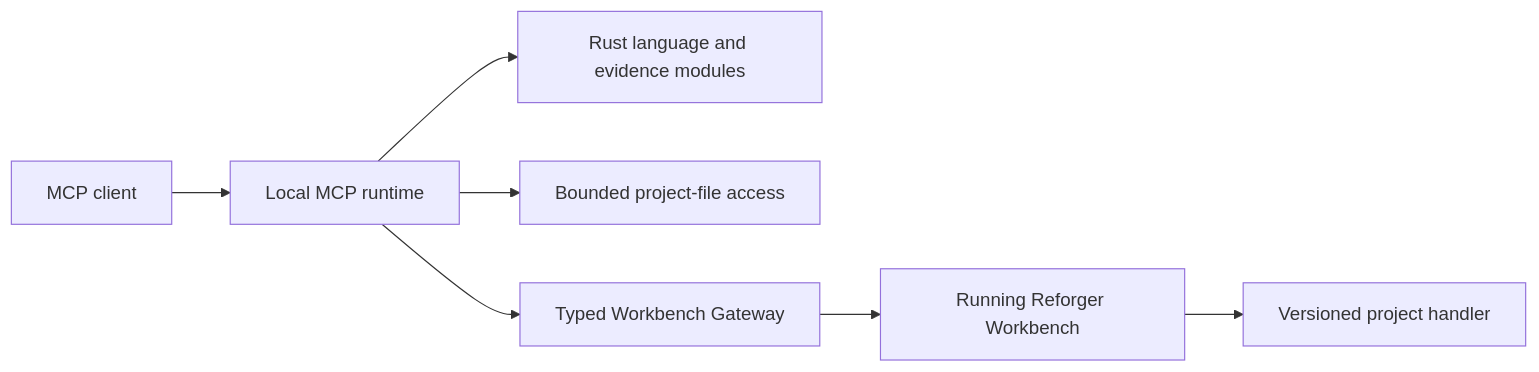
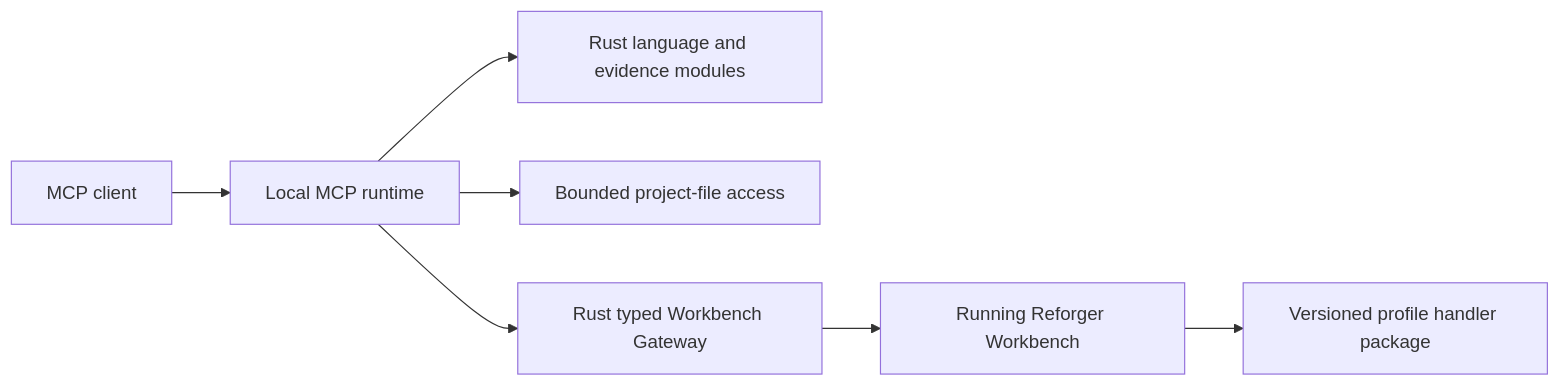
One commit to MiniHood/reforger-script-tools changed the diagram in docs/architecture.md. Above: the diagram before and after it, drawn with Mermaid. The commit also changed other lines of this file and 17 other files, not shown here.

````diff
--- a/docs/architecture.md
+++ b/docs/architecture.md
@@ -44,9 +44,9 @@
 ```mermaid
 flowchart LR
     Client[MCP client] --> Host[Local MCP runtime]
     Host --> Rust[Rust language and evidence modules]
     Host --> Files[Bounded project-file access]
-    Host --> Gateway[Typed Workbench Gateway]
+    Host --> Gateway[Rust typed Workbench Gateway]
     Gateway --> Workbench[Running Reforger Workbench]
-    Workbench --> Plugin[Versioned project handler]
+    Workbench --> Plugin[Versioned profile handler package]
 ```
````
